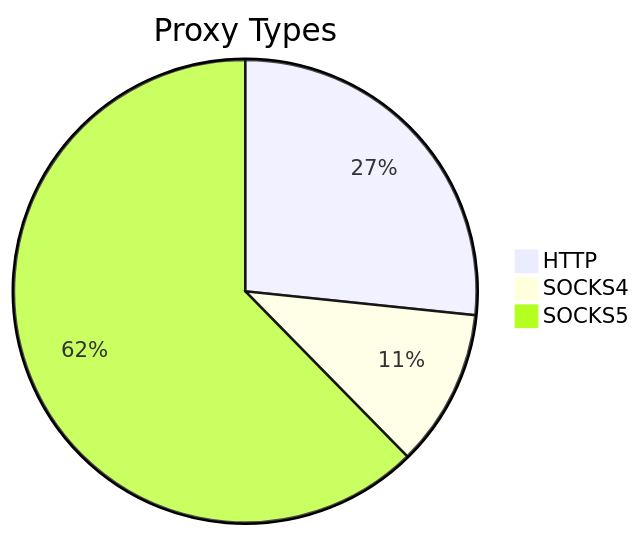
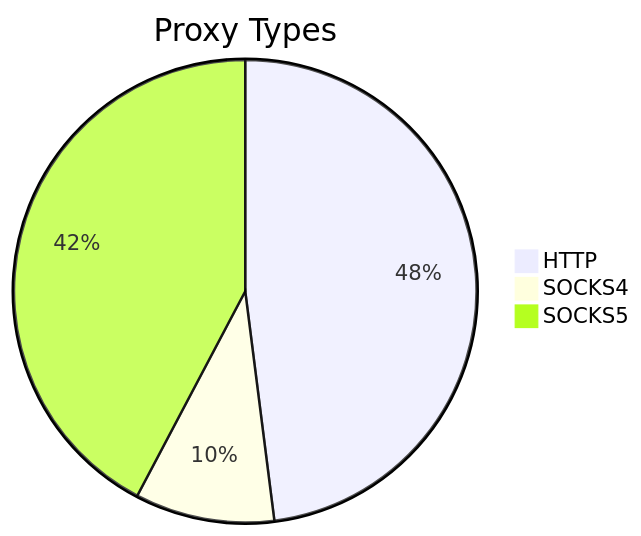
One commit to stormsia/proxy-list changed the first of 2 diagrams in README.md. Above: the diagram before and after it, drawn with Mermaid. The commit also changed other lines of this file, not shown here.

````diff
--- a/README.md
+++ b/README.md
@@ -21,6 +21,6 @@
 ```mermaid
 pie title Proxy Types
-    "HTTP" : 109
-    "SOCKS4" : 45
-    "SOCKS5" : 255
+    "HTTP" : 394
+    "SOCKS4" : 80
+    "SOCKS5" : 347
 ```
````
